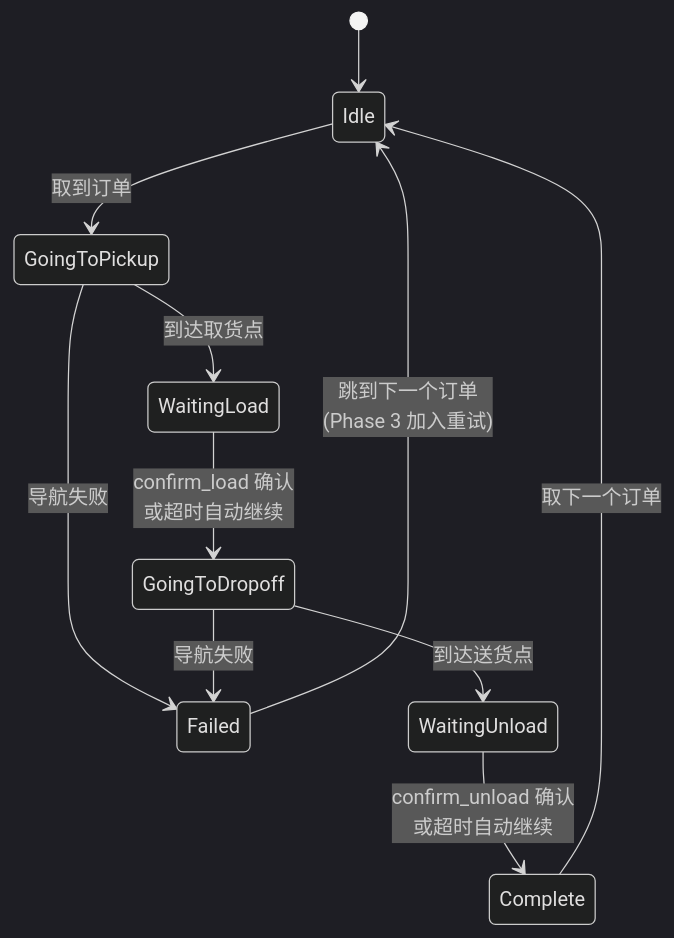
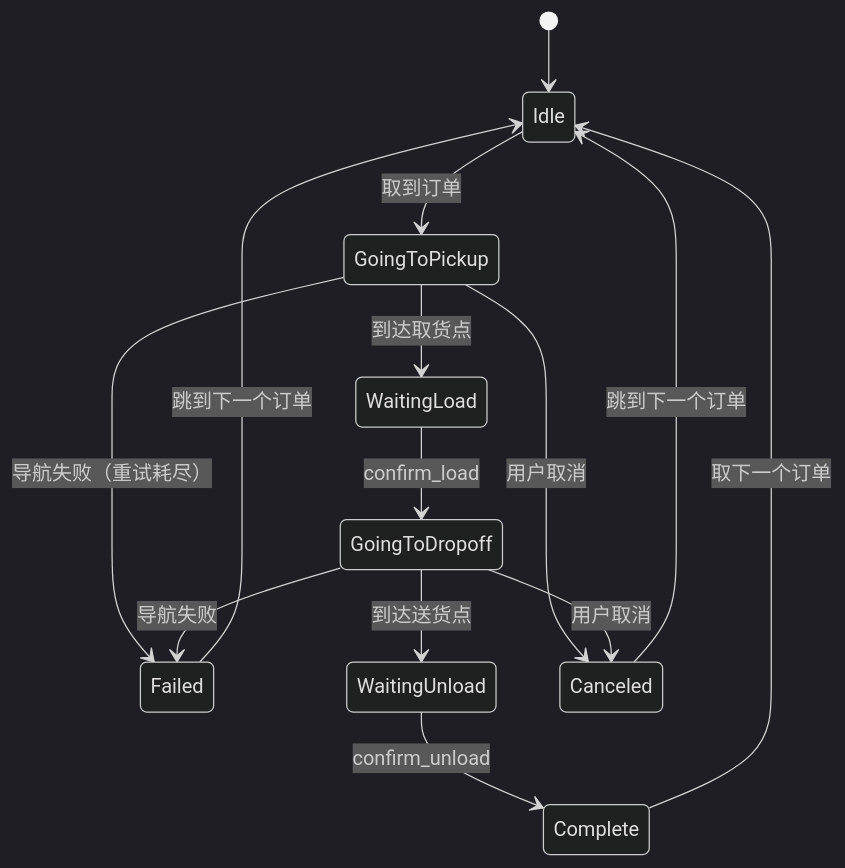
One commit to strawberry2333/ros2_delivery_robot changed the second of 2 diagrams in README.md. Above: the diagram before and after it, drawn with Mermaid (dark theme). The commit also changed other lines of this file and 25 other files, not shown here.

````diff
--- a/README.md
+++ b/README.md
@@ -100,17 +85,16 @@
 ```mermaid
 stateDiagram-v2
     [*] --> Idle
-
     Idle --> GoingToPickup : 取到订单
     GoingToPickup --> WaitingLoad : 到达取货点
-    GoingToPickup --> Failed : 导航失败
-
-    WaitingLoad --> GoingToDropoff : confirm_load 确认<br/>或超时自动继续
+    GoingToPickup --> Failed : 导航失败（重试耗尽）
+    WaitingLoad --> GoingToDropoff : confirm_load
     GoingToDropoff --> WaitingUnload : 到达送货点
     GoingToDropoff --> Failed : 导航失败
-
-    WaitingUnload --> Complete : confirm_unload 确认<br/>或超时自动继续
+    WaitingUnload --> Complete : confirm_unload
     Complete --> Idle : 取下一个订单
-
-    Failed --> Idle : 跳到下一个订单<br/>(Phase 3 加入重试)
+    Failed --> Idle : 跳到下一个订单
+    GoingToPickup --> Canceled : 用户取消
+    GoingToDropoff --> Canceled : 用户取消
+    Canceled --> Idle : 跳到下一个订单
 ```
````
